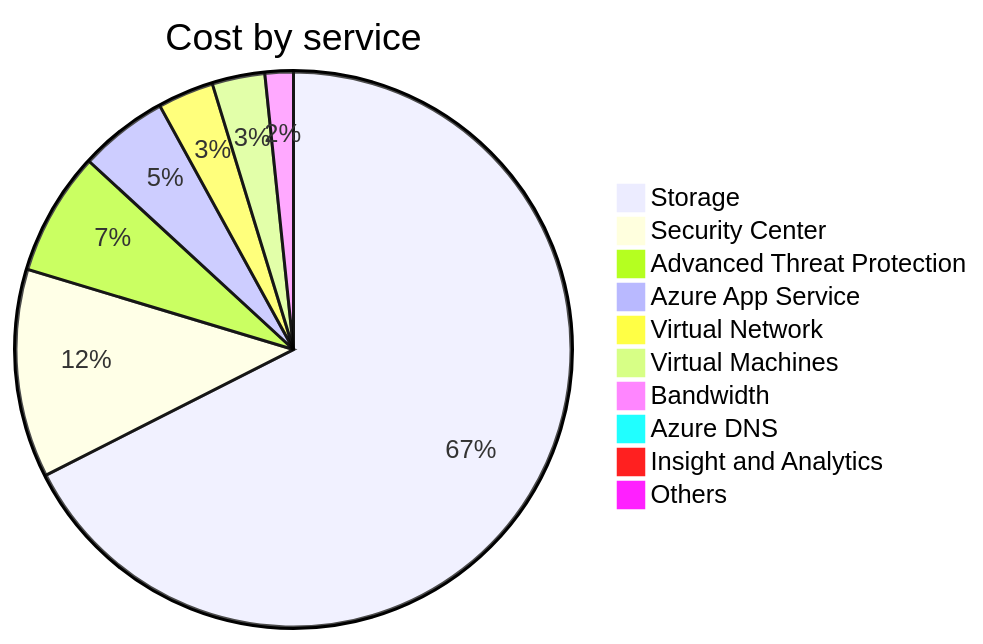
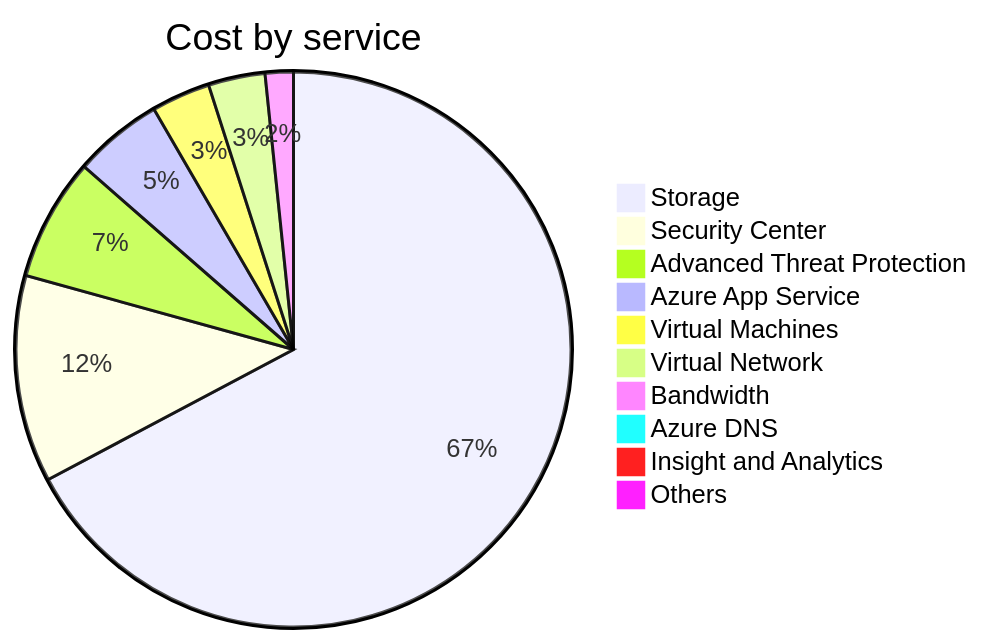
Before and after one commit to jpfulton/azure-personal-reports: the second of 4 diagrams in cost-reports/accumulated-cost.md, drawn with Mermaid. The commit also changed other lines of this file and 3 other files, not shown here.

````diff
--- a/cost-reports/accumulated-cost.md
+++ b/cost-reports/accumulated-cost.md
@@ -102,14 +102,14 @@
 ```mermaid
 pie
    title Cost by service
-   "Storage" : 110.05
+   "Storage" : 110.35
    "Security Center" : 19.78
    "Advanced Threat Protection" : 11.71
-   "Azure App Service" : 8.43
-   "Virtual Network" : 5.32
-   "Virtual Machines" : 5.00
+   "Azure App Service" : 8.53
+   "Virtual Machines" : 5.63
+   "Virtual Network" : 5.42
    "Bandwidth" : 2.69
    "Azure DNS" : 0.70
    "Insight and Analytics" : 0.00
    "Others" : 0.00
 ```
````
